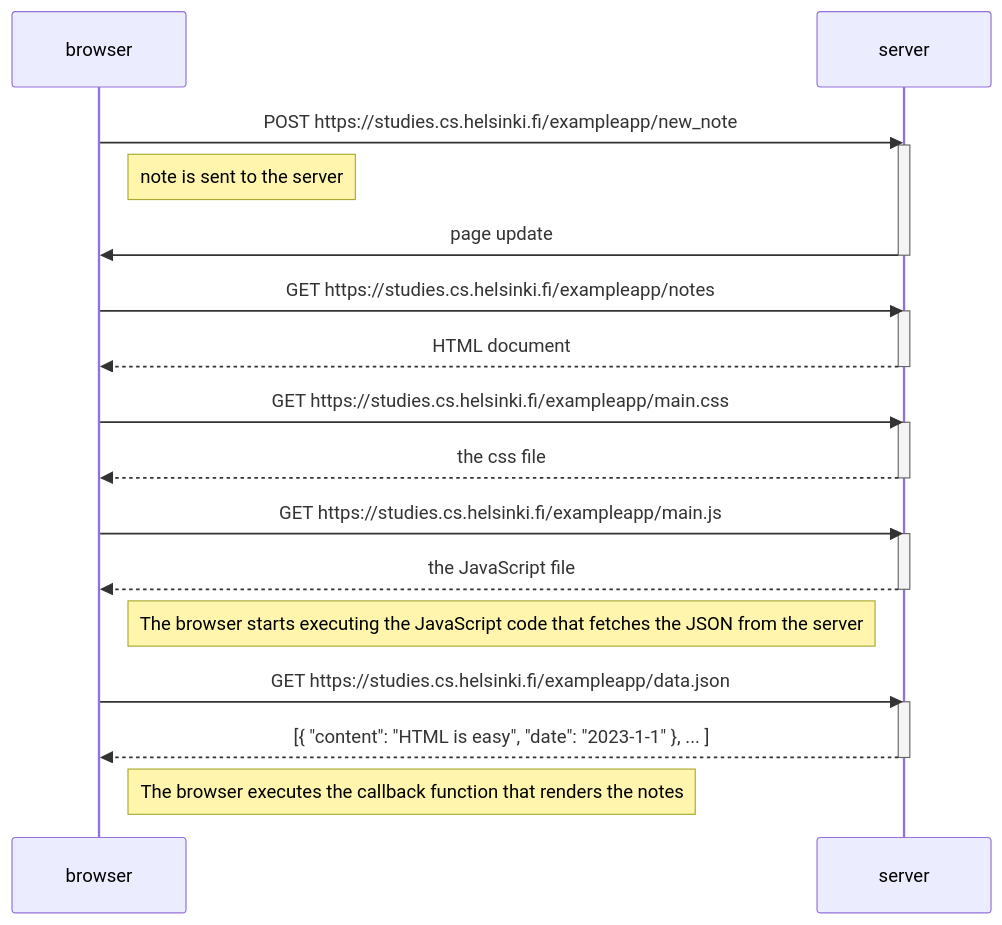
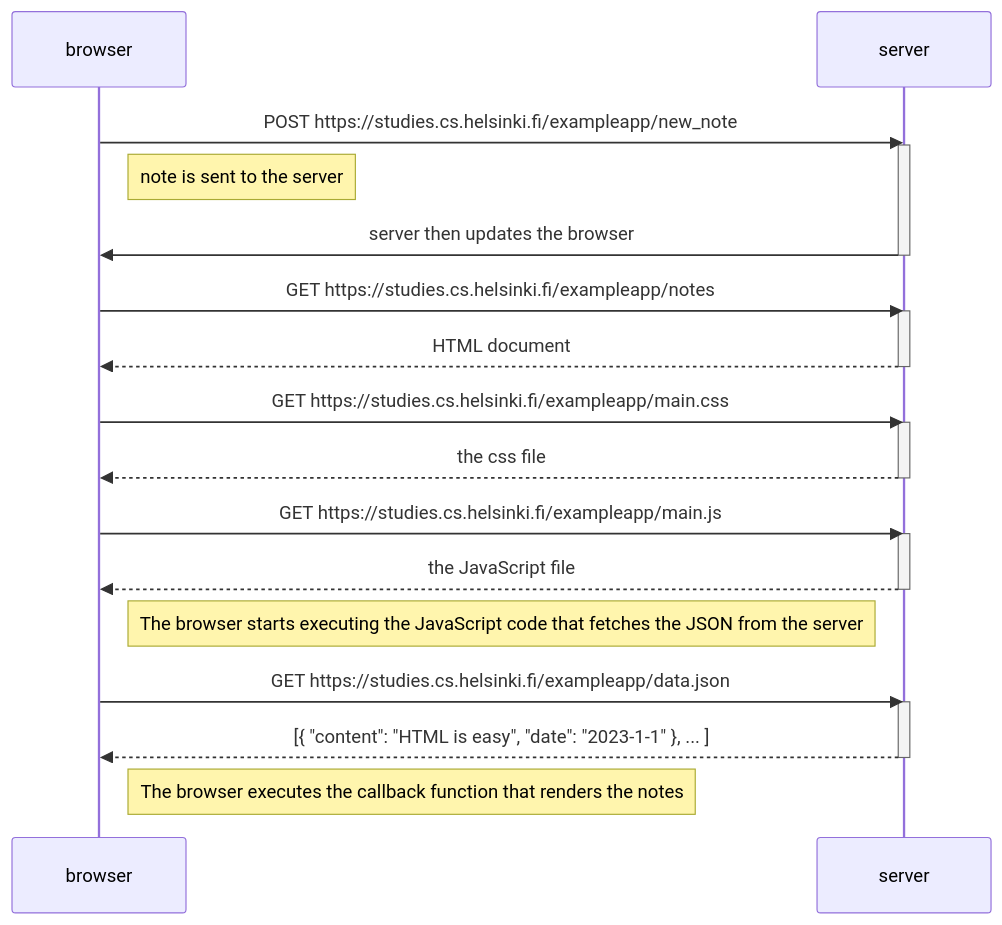
The diagram in osa0/0.4.md (MarkusSchool/fullstackopen), drawn with Mermaid before and after one commit.

````diff
--- a/osa0/0.4.md
+++ b/osa0/0.4.md
@@ -1,35 +1,35 @@
 ```mermaid
 sequenceDiagram
     participant browser
     participant server
 
     browser->>server: POST https://studies.cs.helsinki.fi/exampleapp/new_note
     activate server
     Note right of browser: note is sent to the server
-    server->>browser: page update
+    server->>browser: server then updates the browser
     deactivate server
     
     browser->>server: GET https://studies.cs.helsinki.fi/exampleapp/notes
     activate server
     server-->>browser: HTML document
     deactivate server
     
     browser->>server: GET https://studies.cs.helsinki.fi/exampleapp/main.css
     activate server
     server-->>browser: the css file
     deactivate server
     
     browser->>server: GET https://studies.cs.helsinki.fi/exampleapp/main.js
     activate server
     server-->>browser: the JavaScript file
     deactivate server
     
     Note right of browser: The browser starts executing the JavaScript code that fetches the JSON from the server
     
     browser->>server: GET https://studies.cs.helsinki.fi/exampleapp/data.json
     activate server
     server-->>browser: [{ "content": "HTML is easy", "date": "2023-1-1" }, ... ]
     deactivate server    
 
     Note right of browser: The browser executes the callback function that renders the notes
 ```
````
